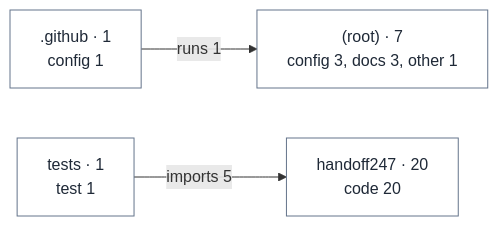
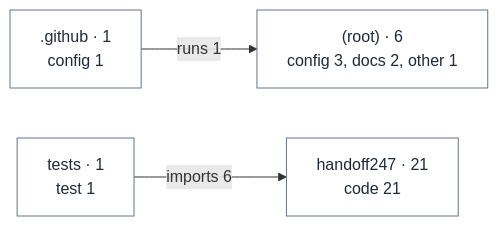
One commit to unkkyuist/HandOff247 changed the diagram in docs/handoff/diagrams/areas.mmd. Above: the diagram before and after it, drawn with Mermaid. The commit also changed 46 other files, not shown here.

```diff
--- a/docs/handoff/diagrams/areas.mmd
+++ b/docs/handoff/diagrams/areas.mmd
@@ -1,17 +1,17 @@
 flowchart LR
-  n1["(root) · 7<br/>config 3, docs 3, other 1"]:::file
+  n1["(root) · 6<br/>config 3, docs 2, other 1"]:::file
   n2[".github · 1<br/>config 1"]:::file
-  n3["handoff247 · 20<br/>code 20"]:::file
+  n3["handoff247 · 21<br/>code 21"]:::file
   n4["tests · 1<br/>test 1"]:::file
   n2 -->|"runs 1"| n1
-  n4 -->|"imports 5"| n3
+  n4 -->|"imports 6"| n3
   classDef entry fill:#fde68a,stroke:#b45309,color:#1f2937
   classDef launcher fill:#e0e7ff,stroke:#4338ca,color:#1f2937
   classDef mode fill:#dcfce7,stroke:#15803d,color:#1f2937
   classDef iface fill:#cffafe,stroke:#0e7490,color:#1f2937
   classDef table fill:#fce7f3,stroke:#be185d,color:#1f2937
   classDef hub fill:#f3f4f6,stroke:#6b7280,color:#1f2937,stroke-dasharray:4 3
   classDef data fill:#fef3c7,stroke:#92400e,color:#1f2937
   classDef ext fill:#ffffff,stroke:#9ca3af,color:#374151,stroke-dasharray:2 2
   classDef test fill:#ede9fe,stroke:#6d28d9,color:#1f2937
   classDef file fill:#ffffff,stroke:#64748b,color:#1f2937
```
